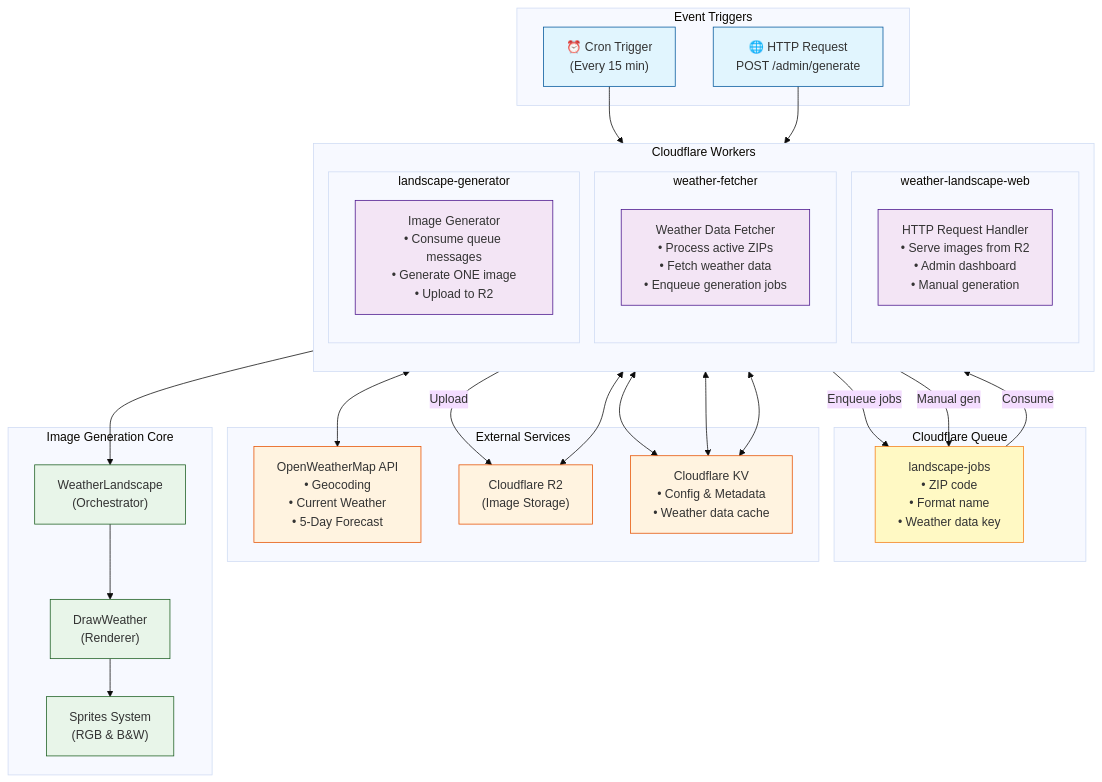
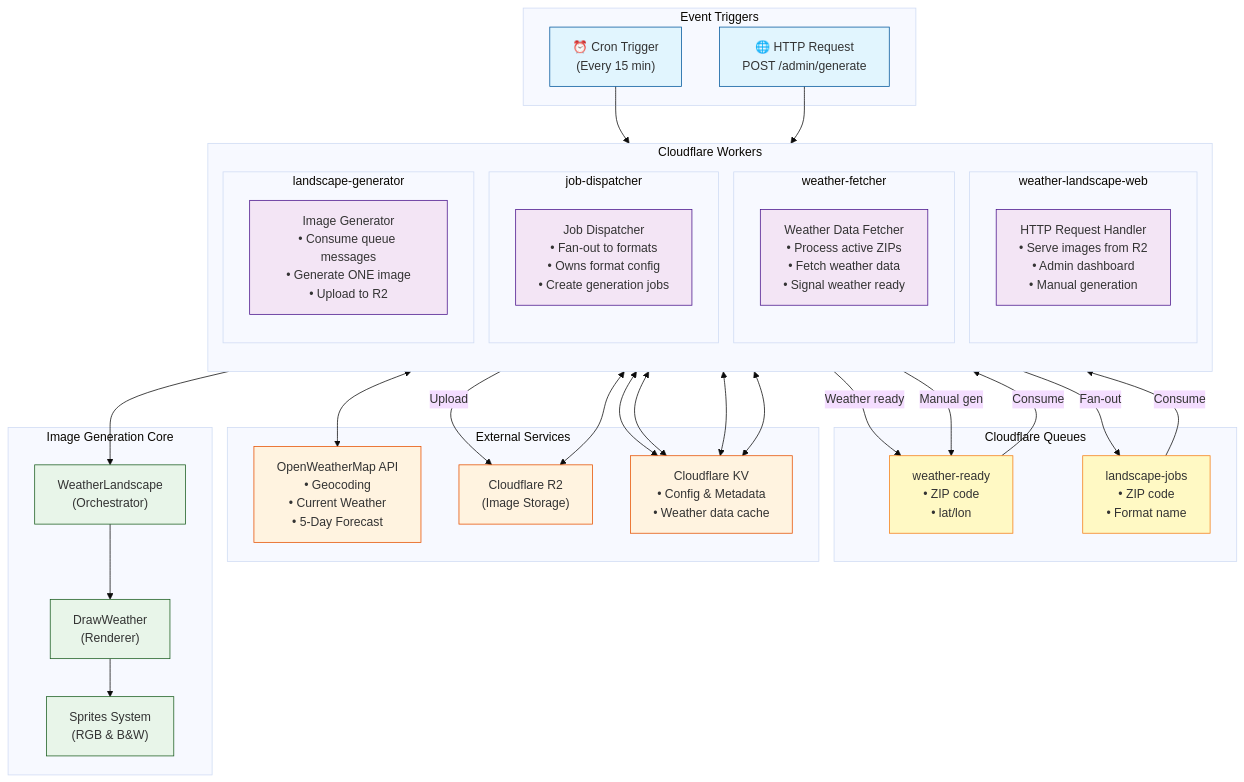
The first of 3 diagrams in src/README.md (NetfallNetworks/weather_landscape), drawn with Mermaid (base theme) before and after one commit. The commit also changed other lines of this file and 7 other files, not shown here.

First line of the commit message:
feat: add job-dispatcher for proper separation of concerns

````diff
--- a/src/README.md
+++ b/src/README.md
@@ -23,7 +23,11 @@
         end
 
         subgraph FetcherWorker["weather-fetcher"]
-            FETCHER["Weather Data Fetcher<br/>• Process active ZIPs<br/>• Fetch weather data<br/>• Enqueue generation jobs"]
+            FETCHER["Weather Data Fetcher<br/>• Process active ZIPs<br/>• Fetch weather data<br/>• Signal weather ready"]
+        end
+
+        subgraph DispatcherWorker["job-dispatcher"]
+            DISPATCHER["Job Dispatcher<br/>• Fan-out to formats<br/>• Owns format config<br/>• Create generation jobs"]
         end
 
         subgraph GeneratorWorker["landscape-generator"]
@@ -31,8 +35,9 @@
         end
     end
 
-    subgraph Queue["Cloudflare Queue"]
-        JOBQUEUE["landscape-jobs<br/>• ZIP code<br/>• Format name<br/>• Weather data key"]
+    subgraph Queues["Cloudflare Queues"]
+        WEATHERQ["weather-ready<br/>• ZIP code<br/>• lat/lon"]
+        JOBQUEUE["landscape-jobs<br/>• ZIP code<br/>• Format name"]
     end
 
     subgraph External["External Services"]
@@ -54,7 +59,12 @@
     %% Weather fetcher flow
     FETCHER <--> KV
     FETCHER <--> OWM
-    FETCHER -->|"Enqueue jobs"| JOBQUEUE
+    FETCHER -->|"Weather ready"| WEATHERQ
+
+    %% Dispatcher flow
+    WEATHERQ -->|"Consume"| DISPATCHER
+    DISPATCHER <--> KV
+    DISPATCHER -->|"Fan-out"| JOBQUEUE
 
     %% Generator flow
     JOBQUEUE -->|"Consume"| GENERATOR
@@ -67,7 +77,7 @@
     %% Web worker flow
     WEB <--> R2
     WEB <--> KV
-    WEB -->|"Manual gen"| JOBQUEUE
+    WEB -->|"Manual gen"| WEATHERQ
 
     classDef trigger fill:#e1f5fe,stroke:#01579b
     classDef worker fill:#f3e5f5,stroke:#4a148c
@@ -76,8 +86,8 @@
     classDef core fill:#e8f5e9,stroke:#1b5e20
 
     class CRON,HTTP trigger
-    class WEB,FETCHER,GENERATOR worker
-    class JOBQUEUE queue
+    class WEB,FETCHER,DISPATCHER,GENERATOR worker
+    class WEATHERQ,JOBQUEUE queue
     class OWM,R2,KV external
     class WL,DW,SPRITES core
 ```
````
